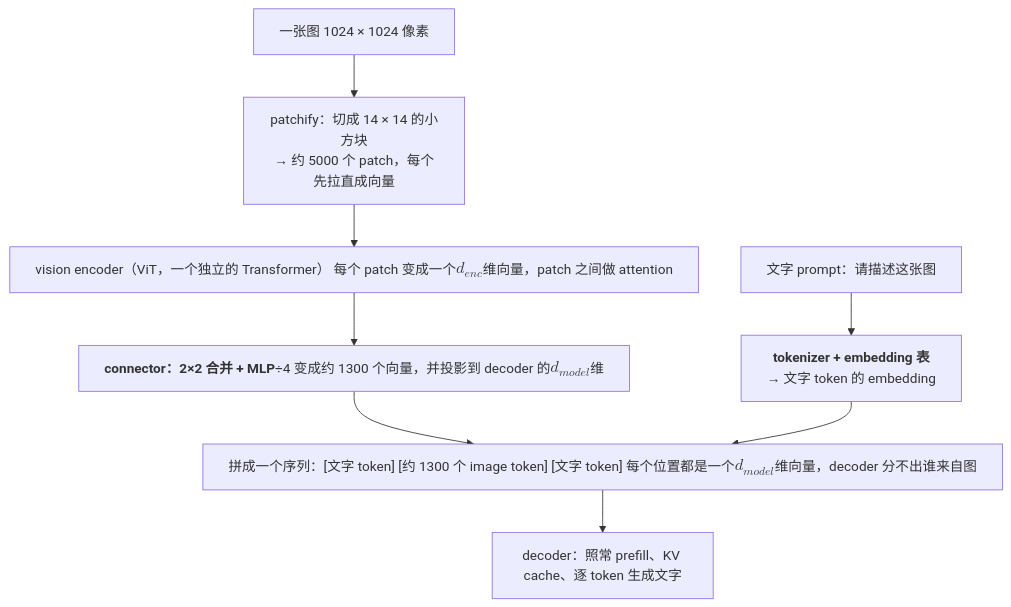
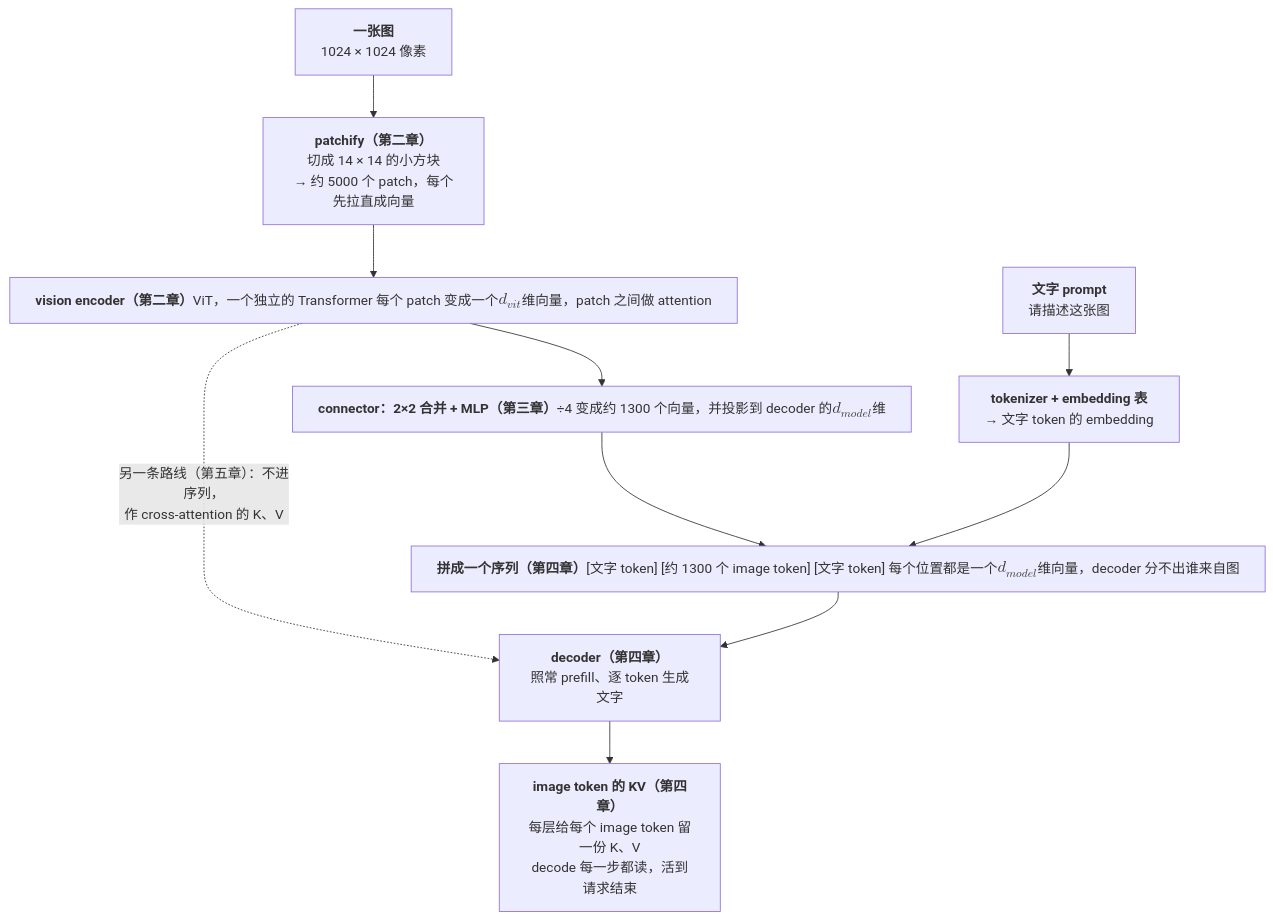
Before and after one commit to arganzheng/arganzheng.github.com: the first of 2 diagrams in _posts/2026-04-07-multimodal-vision-encoder-cost-and-image-token-kv.md, drawn with Mermaid. The commit also changed other lines of this file and 1 other file, not shown here.

First line of the commit message:
现代 LLM 结构（09）：总览图补章号与 KV 节点，新增请求时间线与两种注入方式对比图

````diff
--- a/_posts/2026-04-07-multimodal-vision-encoder-cost-and-image-token-kv.md
+++ b/_posts/2026-04-07-multimodal-vision-encoder-cost-and-image-token-kv.md
@@ -28,11 +28,13 @@
 ```mermaid
-%% 图：多模态 LLM 怎么把一张图接进来：图片切成 patch → vision encoder（ViT）把每个 patch 变成向量 → connector 压缩并投影成 decoder 的 embedding 维度 → 作为 image token 插进文字 token 序列 → decoder 照常做 attention 和生成
+%% 图：一张图在多模态 LLM 里的全程：像素 → patch → vision encoder → connector → image token → decoder 的 prefill 与 KV，各步标出所在章节
 flowchart TB
-    IMG["一张图 1024 × 1024 像素"] --> P["patchify：切成 14 × 14 的小方块<br/>→ 约 5000 个 patch，每个先拉直成向量"]
-    P --> ENC["vision encoder（ViT，一个独立的 Transformer）<br/>每个 patch 变成一个 $$d_{enc}$$ 维向量，patch 之间做 attention"]
-    ENC --> CON["<b>connector：2×2 合并 + MLP</b><br/>÷4 变成约 1300 个向量，并投影到 decoder 的 $$d_{model}$$ 维"]
-    TXT["文字 prompt：请描述这张图"] --> TOK["<b>tokenizer + embedding 表</b><br/>→ 文字 token 的 embedding"]
-    CON --> SEQ["拼成一个序列：[文字 token] [约 1300 个 image token] [文字 token]<br/>每个位置都是一个 $$d_{model}$$ 维向量，decoder 分不出谁来自图"]
+    IMG["<b>一张图</b><br/>1024 × 1024 像素"] --> P["<b>patchify（第二章）</b><br/>切成 14 × 14 的小方块<br/>→ 约 5000 个 patch，每个先拉直成向量"]
+    P --> ENC["<b>vision encoder（第二章）</b><br/>ViT，一个独立的 Transformer<br/>每个 patch 变成一个 $$d_{vit}$$ 维向量，patch 之间做 attention"]
+    ENC --> CON["<b>connector：2×2 合并 + MLP（第三章）</b><br/>÷4 变成约 1300 个向量，并投影到 decoder 的 $$d_{model}$$ 维"]
+    TXT["<b>文字 prompt</b><br/>请描述这张图"] --> TOK["<b>tokenizer + embedding 表</b><br/>→ 文字 token 的 embedding"]
+    CON --> SEQ["<b>拼成一个序列（第四章）</b><br/>[文字 token] [约 1300 个 image token] [文字 token]<br/>每个位置都是一个 $$d_{model}$$ 维向量，decoder 分不出谁来自图"]
     TOK --> SEQ
-    SEQ --> DEC["decoder：照常 prefill、KV cache、逐 token 生成文字"]
+    SEQ --> DEC["<b>decoder（第四章）</b><br/>照常 prefill、逐 token 生成文字"]
+    DEC --> KVC["<b>image token 的 KV（第四章）</b><br/>每层给每个 image token 留一份 K、V<br/>decode 每一步都读，活到请求结束"]
+    ENC -. "另一条路线（第五章）：不进序列，<br/>作 cross-attention 的 K、V" .-> DEC
 ```
````
